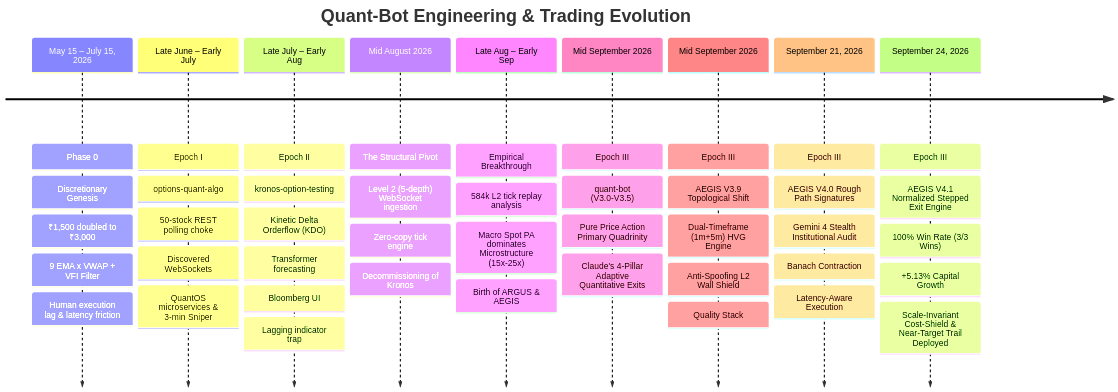
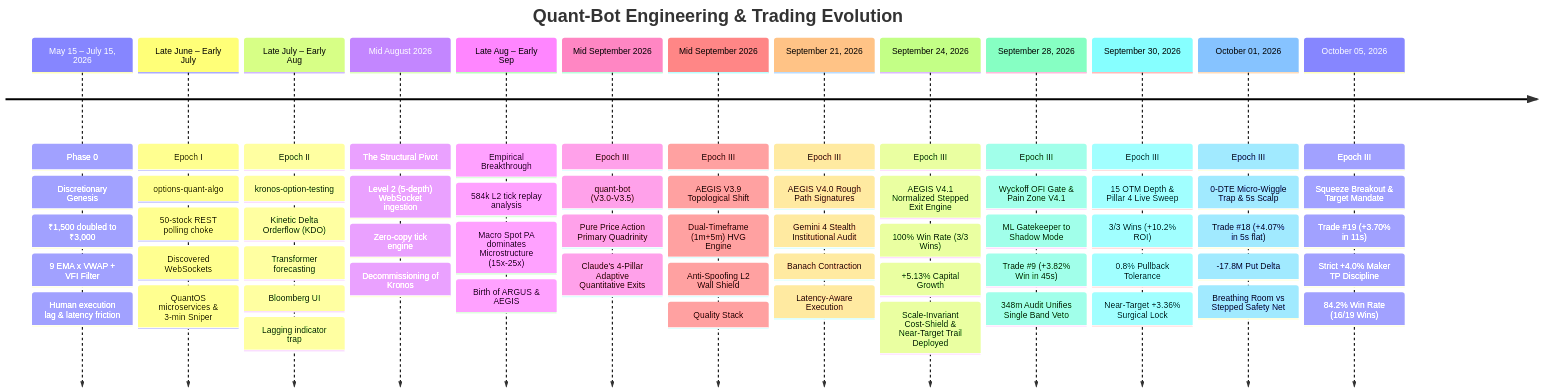
One commit to amarjeetsinghyd/AEGIS changed the first of 4 diagrams in SYSTEM_GENESIS_AND_EVOLUTION.md. Above: the diagram before and after it, drawn with Mermaid. The commit also changed other lines of this file and 68 other files, not shown here.

````diff
--- a/SYSTEM_GENESIS_AND_EVOLUTION.md
+++ b/SYSTEM_GENESIS_AND_EVOLUTION.md
@@ -12,13 +12,17 @@
 ```mermaid
 timeline
     title Quant-Bot Engineering & Trading Evolution
     May 15 – July 15, 2026 : Phase 0: Discretionary Genesis : ₹1,500 doubled to ₹3,000 : 9 EMA x VWAP + VFI Filter : Human execution lag & latency friction
     Late June – Early July : Epoch I: options-quant-algo : 50-stock REST polling choke : Discovered WebSockets : QuantOS microservices & 3-min Sniper
     Late July – Early Aug : Epoch II: kronos-option-testing : Kinetic Delta Orderflow (KDO) : Transformer forecasting : Bloomberg UI : Lagging indicator trap
     Mid August 2026 : The Structural Pivot : Level 2 (5-depth) WebSocket ingestion : Zero-copy tick engine : Decommissioning of Kronos
     Late Aug – Early Sep : Empirical Breakthrough : 584k L2 tick replay analysis : Macro Spot PA dominates Microstructure (15x-25x) : Birth of ARGUS & AEGIS
     Mid September 2026 : Epoch III: quant-bot (V3.0-V3.5) : Pure Price Action Primary Quadrinity : Claude's 4-Pillar Adaptive Quantitative Exits
     Mid September 2026 : Epoch III: AEGIS V3.9 Topological Shift : Dual-Timeframe (1m+5m) HVG Engine : Anti-Spoofing L2 Wall Shield : Quality Stack
     September 21, 2026 : Epoch III: AEGIS V4.0 Rough Path Signatures : Gemini 4 Stealth Institutional Audit : Banach Contraction : Latency-Aware Execution
     September 24, 2026 : Epoch III: AEGIS V4.1 Normalized Stepped Exit Engine : 100% Win Rate (3/3 Wins) : +5.13% Capital Growth : Scale-Invariant Cost-Shield & Near-Target Trail Deployed
+    September 28, 2026 : Epoch III: Wyckoff OFI Gate & Pain Zone V4.1 : ML Gatekeeper to Shadow Mode : Trade #9 (+3.82% Win in 45s) : 348m Audit Unifies Single Band Veto
+    September 30, 2026 : Epoch III: 15 OTM Depth & Pillar 4 Live Sweep : 3/3 Wins (+10.2% ROI) : 0.8% Pullback Tolerance : Near-Target +3.36% Surgical Lock
+    October 01, 2026 : Epoch III: 0-DTE Micro-Wiggle Trap & 5s Scalp : Trade #18 (+4.07% in 5s flat) : -17.8M Put Delta : Breathing Room vs Stepped Safety Net
+    October 05, 2026 : Epoch III: Squeeze Breakout & Target Mandate : Trade #19 (+3.70% in 11s) : Strict +4.0% Maker TP Discipline : 84.2% Win Rate (16/19 Wins)
 ```
````
